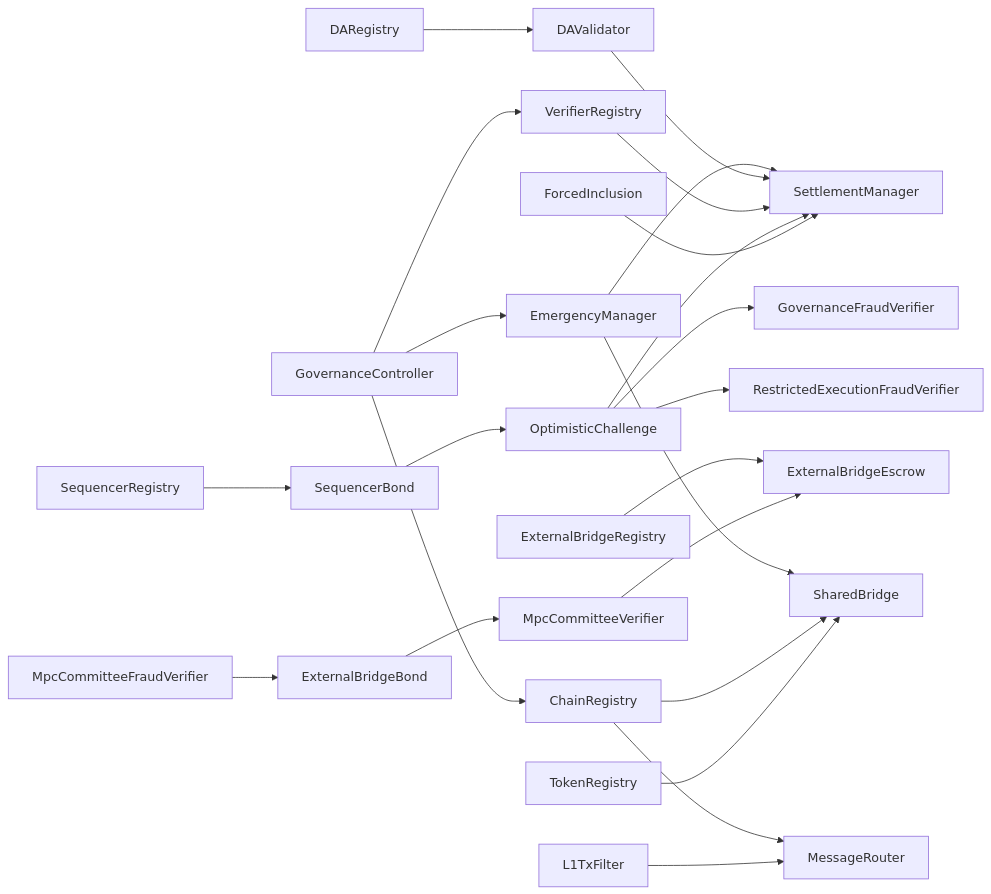
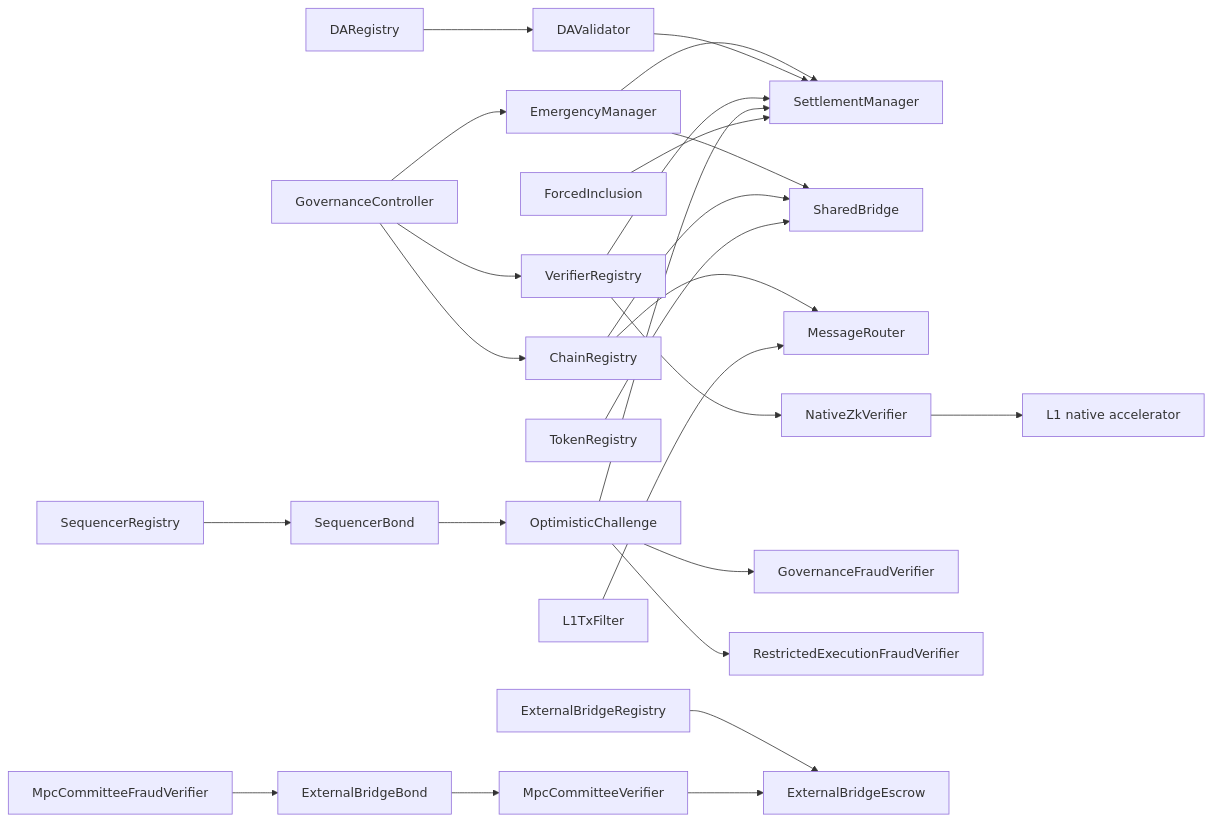
The second of 10 diagrams in docs/zh/neohub-architecture-and-workflows.md (r3e-network/neo-n4), drawn with Mermaid before and after one commit. The commit also changed other lines of this file and 50 other files, not shown here.

Commit message:
Add native-accelerated ZK verifier adapter

````diff
--- a/docs/zh/neohub-architecture-and-workflows.md
+++ b/docs/zh/neohub-architecture-and-workflows.md
@@ -112,30 +117,32 @@
 ```mermaid
 flowchart LR
     gov["GovernanceController"] --> chain["ChainRegistry"]
     gov --> verifiers["VerifierRegistry"]
     gov --> emergency["EmergencyManager"]
     emergency --> settle["SettlementManager"]
     emergency --> bridge["SharedBridge"]
 
     chain --> bridge
     chain --> msg["MessageRouter"]
     token["TokenRegistry"] --> bridge
 
     daReg["DARegistry"] --> daVal["DAValidator"]
     daVal --> settle
     verifiers --> settle
+    verifiers --> nativeZk["NativeZkVerifier"]
+    nativeZk --> nativeAcc["L1 native accelerator"]
 
     seqReg["SequencerRegistry"] --> bond["SequencerBond"]
     bond --> challenge["OptimisticChallenge"]
     challenge --> settle
     challenge --> govFraud["GovernanceFraudVerifier"]
     challenge --> rexFraud["RestrictedExecutionFraudVerifier"]
 
     force["ForcedInclusion"] --> settle
     filter["L1TxFilter"] --> msg
 
     extReg["ExternalBridgeRegistry"] --> extEscrow["ExternalBridgeEscrow"]
     extBond["ExternalBridgeBond"] --> mpc["MpcCommitteeVerifier"]
     mpc --> extEscrow
     extFraud["MpcCommitteeFraudVerifier"] --> extBond
 ```
````
